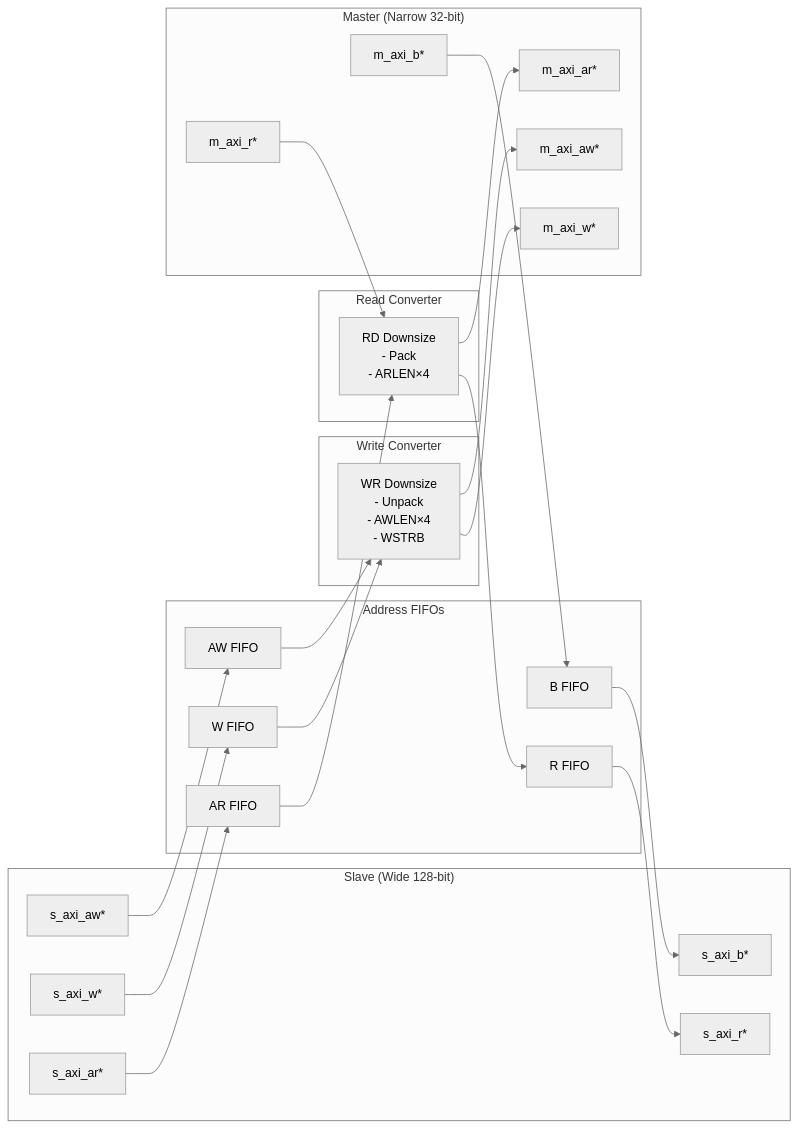
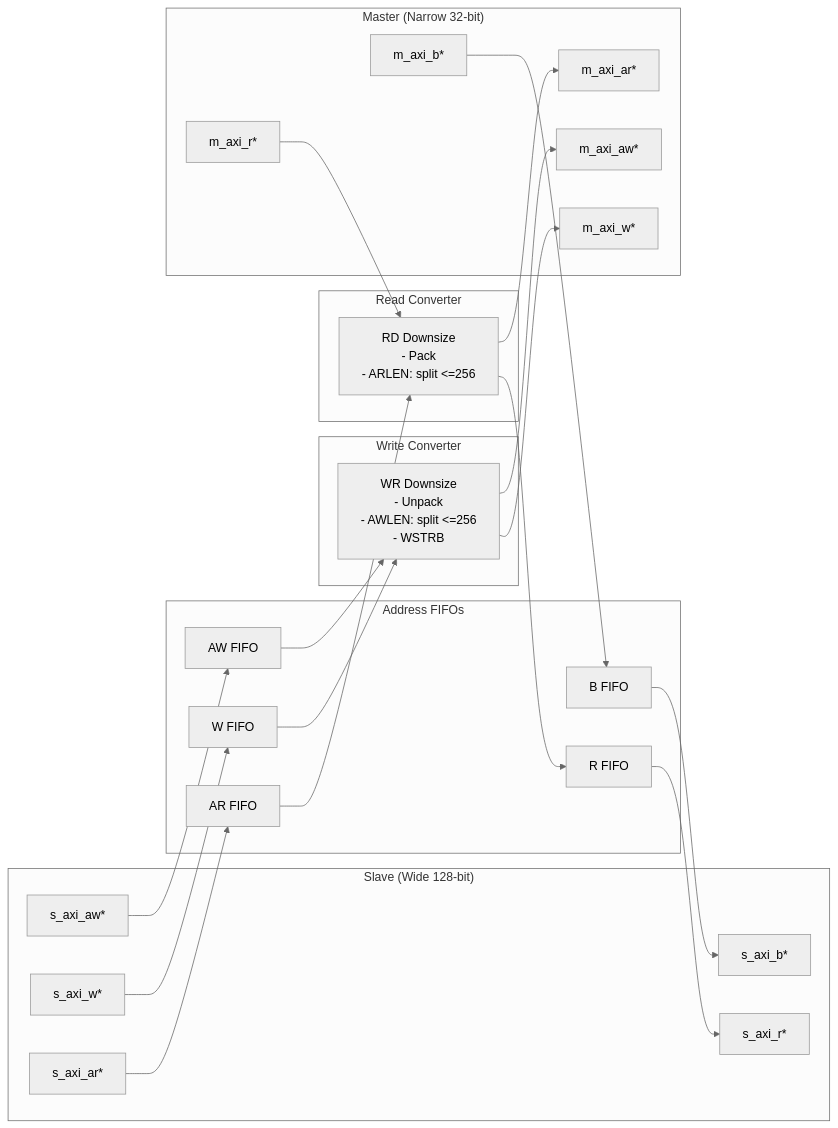
Before and after one commit to sean-galloway/RTLDesignSherpa: the second of 2 diagrams in docs/markdown/rtl-amba/axi4/axi4_dwidth_converter.md, drawn with Mermaid (neutral theme). The commit also changed other lines of this file and 62 other files, not shown here.

````diff
--- a/docs/markdown/rtl-amba/axi4/axi4_dwidth_converter.md
+++ b/docs/markdown/rtl-amba/axi4/axi4_dwidth_converter.md
@@ -188,40 +188,40 @@
 ```mermaid
 flowchart LR
     subgraph Slave["Slave (Wide 128-bit)"]
         saw2["s_axi_aw*"]
         sw2["s_axi_w*"]
         sb2["s_axi_b*"]
         sar2["s_axi_ar*"]
         sr2["s_axi_r*"]
     end
 
     subgraph FIFO2["Address FIFOs"]
         awf2["AW FIFO"]
         wf2["W FIFO"]
         bf2["B FIFO"]
         arf2["AR FIFO"]
         rf2["R FIFO"]
     end
 
     subgraph WrConv2["Write Converter"]
-        wrdn["WR Downsize<br/>- Unpack<br/>- AWLEN×4<br/>- WSTRB"]
+        wrdn["WR Downsize<br/>- Unpack<br/>- AWLEN: split &lt;=256<br/>- WSTRB"]
     end
 
     subgraph RdConv2["Read Converter"]
-        rddn["RD Downsize<br/>- Pack<br/>- ARLEN×4"]
+        rddn["RD Downsize<br/>- Pack<br/>- ARLEN: split &lt;=256"]
     end
 
     subgraph Master2["Master (Narrow 32-bit)"]
         maw2["m_axi_aw*"]
         mw2["m_axi_w*"]
         mb2["m_axi_b*"]
         mar2["m_axi_ar*"]
         mr2["m_axi_r*"]
     end
 
     saw2 --> awf2 --> wrdn --> maw2
     sw2 --> wf2 --> wrdn --> mw2
     mb2 --> bf2 --> sb2
     sar2 --> arf2 --> rddn --> mar2
     mr2 --> rddn --> rf2 --> sr2
 ```
````
